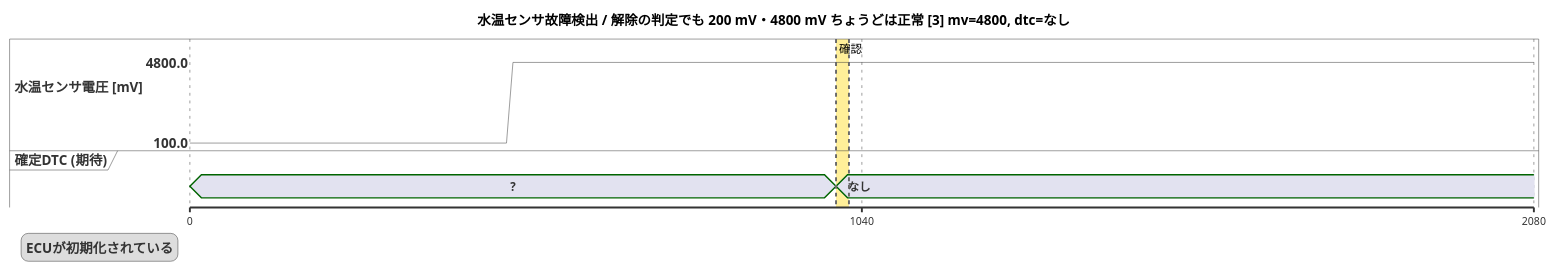
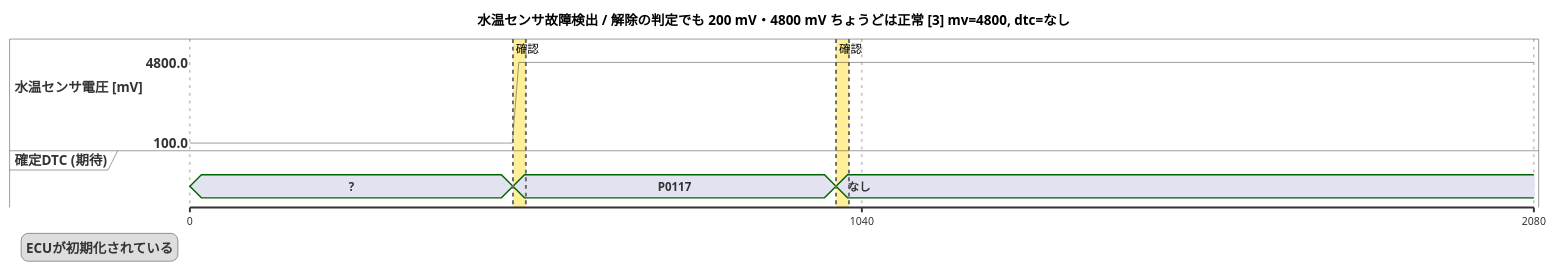
Before and after one commit to YitKubo/poc_bdd: the diagram in charts/ect_sensor_diag/解除の判定でも_200_mV・4800_mV_ちょうどは正常_03.puml, drawn with PlantUML. The commit also changed 24 other files, not shown here.

```diff
--- a/charts/ect_sensor_diag/解除の判定でも_200_mV・4800_mV_ちょうどは正常_03.puml
+++ b/charts/ect_sensor_diag/解除の判定でも_200_mV・4800_mV_ちょうどは正常_03.puml
@@ -1,24 +1,27 @@
 @startuml
 skinparam defaultFontName IPAGothic
 title 水温センサ故障検出 / 解除の判定でも 200 mV・4800 mV ちょうどは正常 [3] mv=4800, dtc=なし
 scale 1040 as 700 pixels
 legend left
   ECUが初期化されている
 endlegend
 analog "水温センサ電圧 [mV]" between 100 and 4800 as s0
 concise "確定DTC (期待)" as s1
 
 @0
 s0 is 100
 s1 is "?"
-@490
+@499
 s0 is 100
 @500
+s1 is "P0117"
+@509
 s0 is 4800
 @1000
 s1 is "なし"
 @1040
 s0 is 4800
 @1040
+highlight 500 to 520 #FFD70066;line:DimGrey : 確認
 highlight 1000 to 1020 #FFD70066;line:DimGrey : 確認
 @enduml
```
